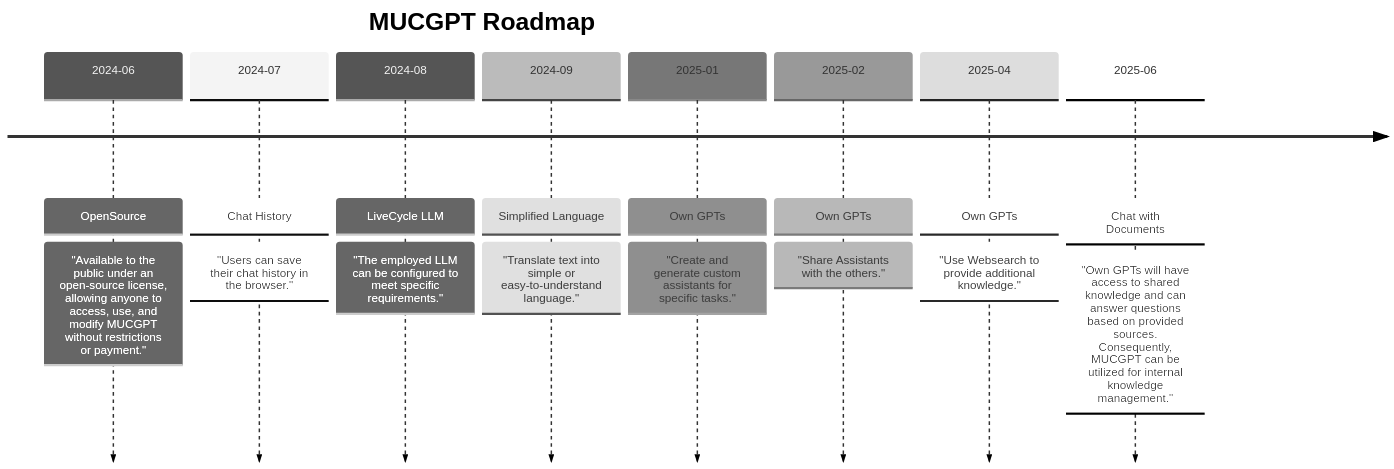
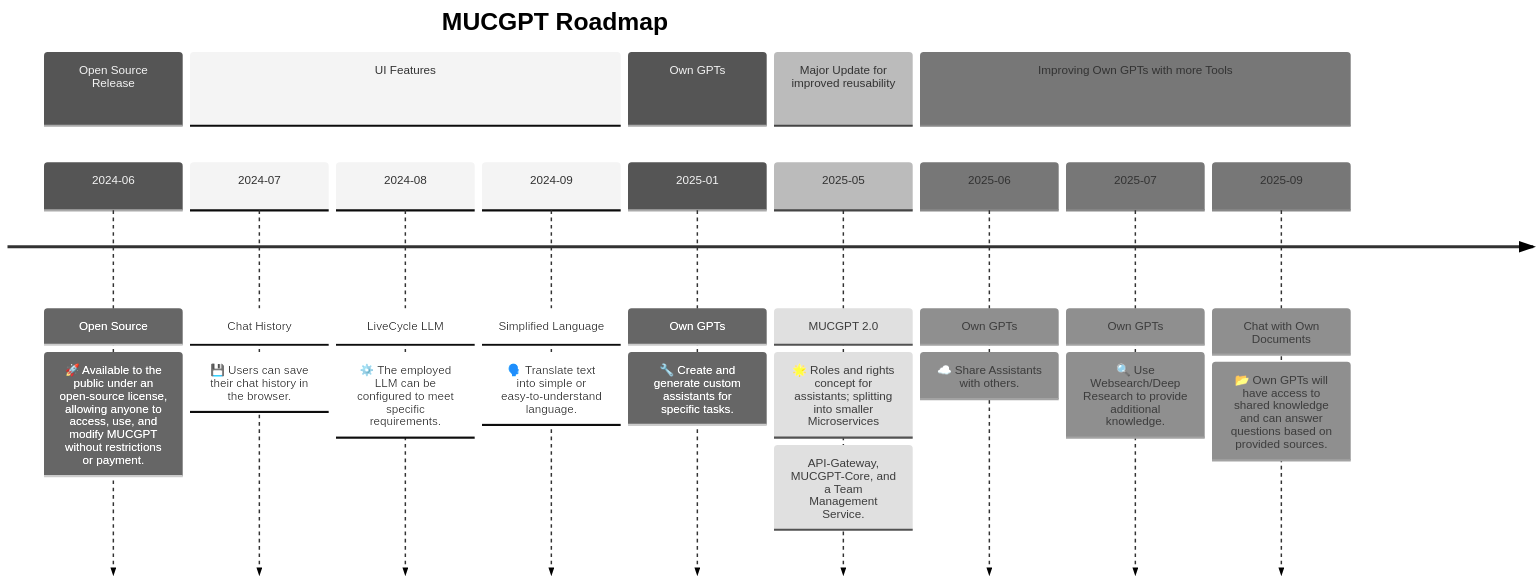
Before and after one commit to it-at-m/mucgpt: the diagram in README.md, drawn with Mermaid (neutral theme).

Commit message:
⚗️ draft for roadmap

````diff
--- a/README.md
+++ b/README.md
@@ -119,12 +119,23 @@
 ```mermaid
 timeline
     title MUCGPT Roadmap
-    2024-06 : OpenSource : "Available to the public under an open-source license, allowing anyone to access, use, and modify MUCGPT without restrictions or payment."
-    2024-07 : Chat History : "Users can save their chat history in the browser."
-    2024-08 : LiveCycle LLM : "The employed LLM can be configured to meet specific requirements."
-    2024-09 : Simplified Language : "Translate text into simple or easy-to-understand language."
-    2025-01 : Own GPTs : "Create and generate custom assistants for specific tasks."
-    2025-02 : Own GPTs : "Share Assistants with the others."
-    2025-04 : Own GPTs : "Use Websearch to provide additional knowledge."
-    2025-06: Chat with Documents : "Own GPTs will have access to shared knowledge and can answer questions based on provided sources. Consequently, MUCGPT can be utilized for internal knowledge management."
+
+    section Open Source Release
+    2024-06 : Open Source : 🚀 Available to the public under an open-source license, allowing anyone to access, use, and modify MUCGPT without restrictions or payment.
+
+    section  UI Features
+    2024-07 : Chat History : 💾 Users can save their chat history in the browser.
+    2024-08 : LiveCycle LLM : ⚙️ The employed LLM can be configured to meet specific requirements.
+    2024-09 : Simplified Language : 🗣️ Translate text into simple or easy-to-understand language.
+
+    section Own GPTs
+    2025-01 : Own GPTs : 🔧 Create and generate custom assistants for specific tasks.
+
+    section Major Update for improved reusability
+    2025-05 : MUCGPT 2.0 : 🌟 Roles and rights concept for assistants; splitting into smaller Microservices: API-Gateway, MUCGPT-Core, and a Team Management Service.
+
+    section Improving Own GPTs with more Tools
+    2025-06 : Own GPTs : ☁️ Share Assistants with others.
+    2025-07 : Own GPTs : 🔍 Use Websearch/Deep Research to provide additional knowledge.
+    2025-09 : Chat with Own Documents : 📂 Own GPTs will have access to shared knowledge and can answer questions based on provided sources.
 ```
````
